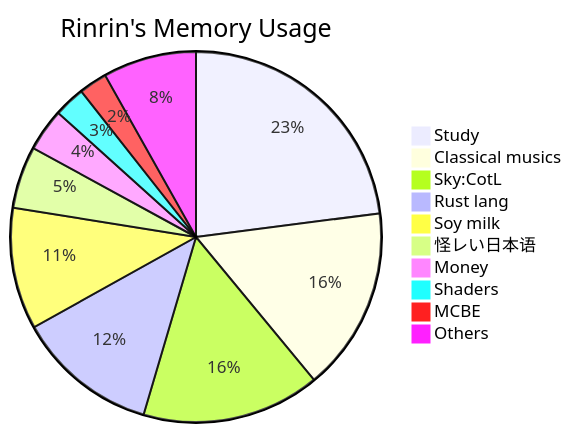
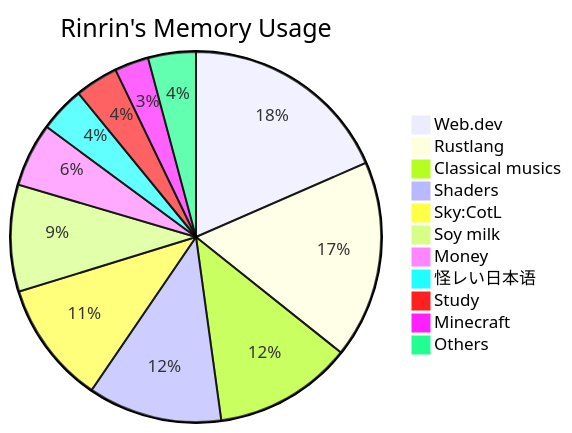
One commit to Rinrin0413/Rinrin0413 changed the diagram in README.md. Above: the diagram before and after it, drawn with Mermaid.

Commit message:
Update:memory usage

````diff
--- a/README.md
+++ b/README.md
@@ -74,13 +74,14 @@
 ```mermaid
 pie title Rinrin's Memory Usage
-    "Study": 93
-    "Classical musics": 65
-    "Sky:CotL": 63
-    "Rust lang": 50
-    "Soy milk": 43
-    "怪レい日本语": 22
-    "Money": 15
-    "Shaders": 11
-    "MCBE": 10
-    "Others": 33
+    "Web.dev": 93
+    "Rustlang": 87
+    "Classical musics": 61
+    "Shaders": 59
+    "Sky:CotL": 54
+    "Soy milk": 47
+    "Money": 28
+    "怪レい日本语": 20
+    "Study": 19
+    "Minecraft": 15
+    "Others": 21
 ```
````
